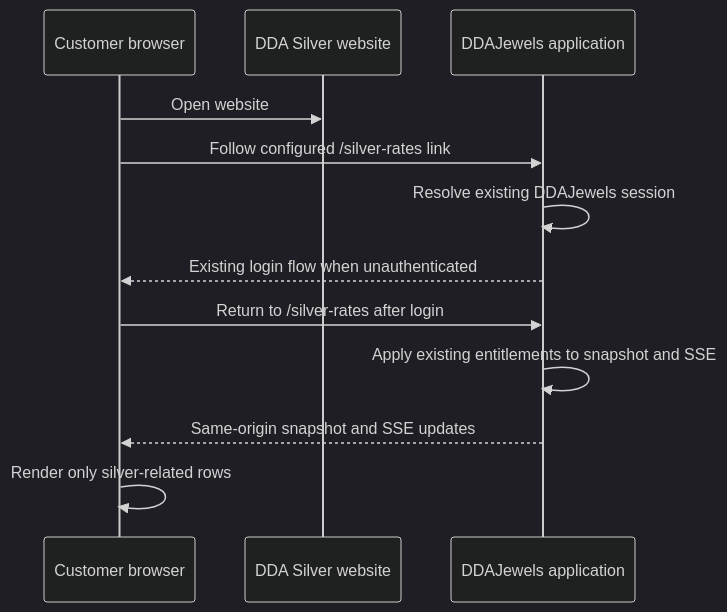
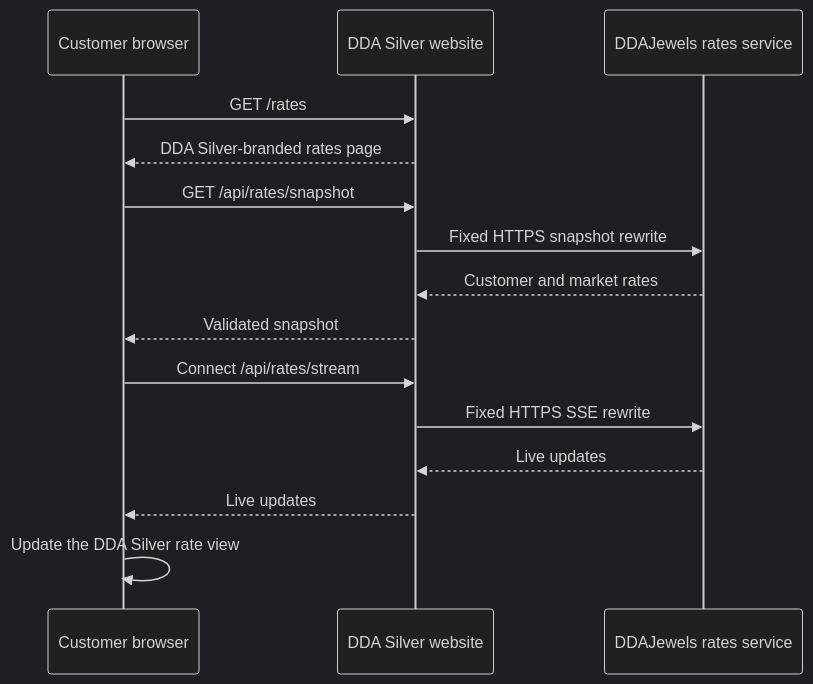
One commit to kta136/DDASilver_Web changed the diagram in docs/rates-integration.md. Above: the diagram before and after it, drawn with Mermaid (dark theme). The commit also changed other lines of this file and 26 other files, not shown here.

Commit message:
Keep live rates inside DDA Silver

````diff
--- a/docs/rates-integration.md
+++ b/docs/rates-integration.md
@@ -34,15 +20,18 @@
 ```mermaid
 sequenceDiagram
     participant Browser as Customer browser
     participant Silver as DDA Silver website
-    participant Jewels as DDAJewels application
+    participant Jewels as DDAJewels rates service
 
-    Browser->>Silver: Open website
-    Browser->>Jewels: Follow configured /silver-rates link
-    Jewels->>Jewels: Resolve existing DDAJewels session
-    Jewels-->>Browser: Existing login flow when unauthenticated
-    Browser->>Jewels: Return to /silver-rates after login
-    Jewels->>Jewels: Apply existing entitlements to snapshot and SSE
-    Jewels-->>Browser: Same-origin snapshot and SSE updates
-    Browser->>Browser: Render only silver-related rows
+    Browser->>Silver: GET /rates
+    Silver-->>Browser: DDA Silver-branded rates page
+    Browser->>Silver: GET /api/rates/snapshot
+    Silver->>Jewels: Fixed HTTPS snapshot rewrite
+    Jewels-->>Silver: Customer and market rates
+    Silver-->>Browser: Validated snapshot
+    Browser->>Silver: Connect /api/rates/stream
+    Silver->>Jewels: Fixed HTTPS SSE rewrite
+    Jewels-->>Silver: Live updates
+    Silver-->>Browser: Live updates
+    Browser->>Browser: Update the DDA Silver rate view
 ```
````
